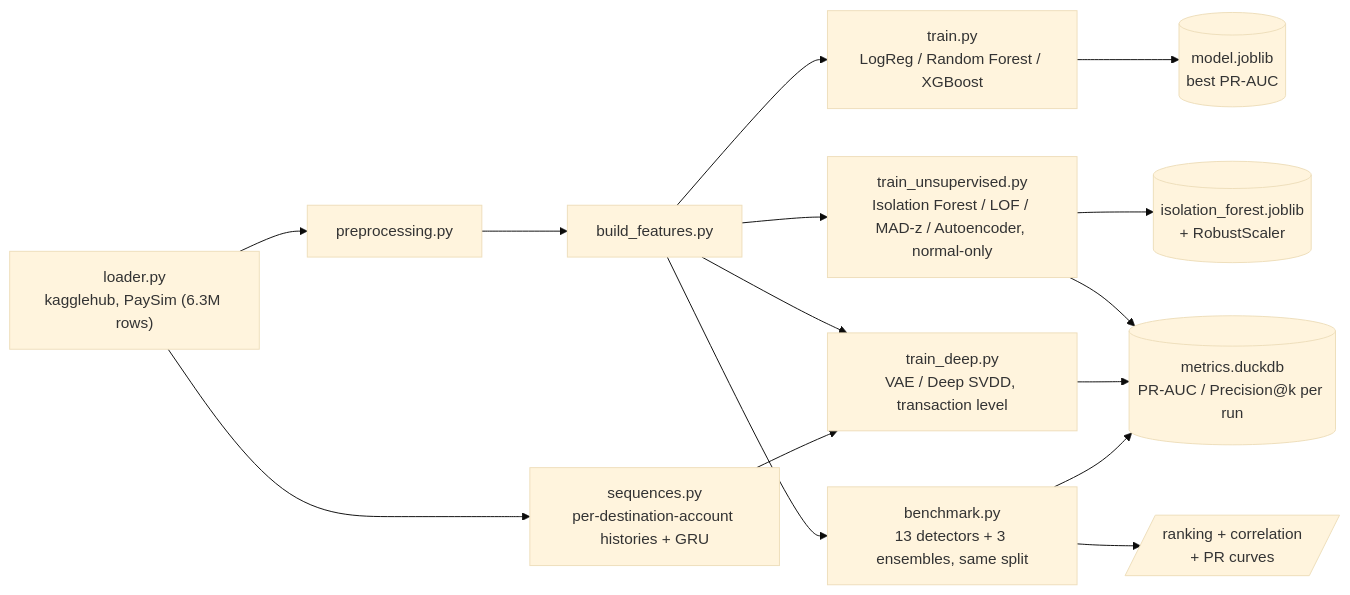
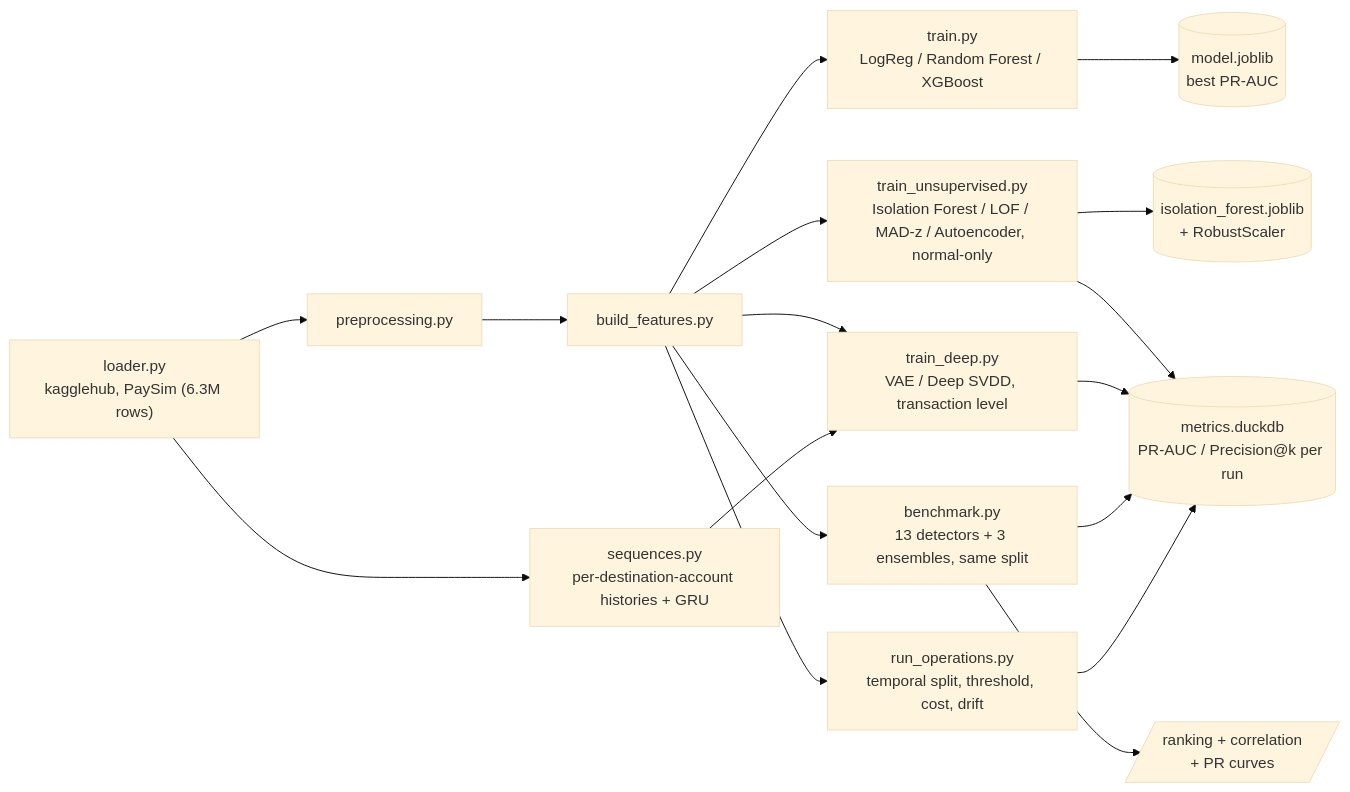
Before and after one commit to Rxyxs/Proyectos_ML_anomalias: the diagram in README.md, drawn with Mermaid (base theme). The commit also changed other lines of this file and 14 other files, not shown here.

````diff
--- a/README.md
+++ b/README.md
@@ -30,17 +30,19 @@
 ```mermaid
 flowchart LR
     A["loader.py<br/>kagglehub, PaySim (6.3M rows)"] --> B[preprocessing.py]
     B --> C[build_features.py]
     C --> D["train.py<br/>LogReg / Random Forest / XGBoost"]
     D --> E[(model.joblib<br/>best PR-AUC)]
     C --> F["train_unsupervised.py<br/>Isolation Forest / LOF / MAD-z / Autoencoder, normal-only"]
     F --> G[(isolation_forest.joblib<br/>+ RobustScaler)]
     F --> H[(metrics.duckdb<br/>PR-AUC / Precision@k per run)]
     C --> I["benchmark.py<br/>13 detectors + 3 ensembles, same split"]
     C --> K["train_deep.py<br/>VAE / Deep SVDD, transaction level"]
     A --> L["sequences.py<br/>per-destination-account histories + GRU"]
     L --> K
     K --> H
     I --> H
     I --> J[/"ranking + correlation<br/>+ PR curves"/]
+    C --> M["run_operations.py<br/>temporal split, threshold, cost, drift"]
+    M --> H
 ```
````
